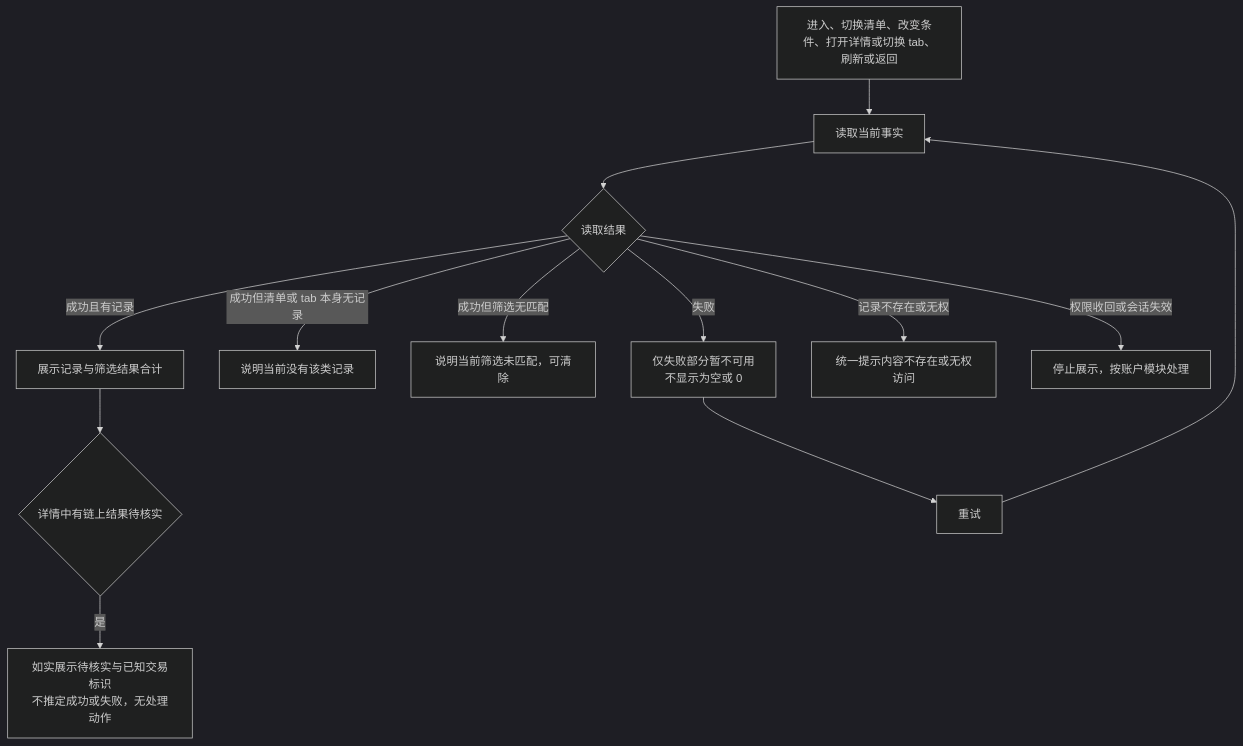
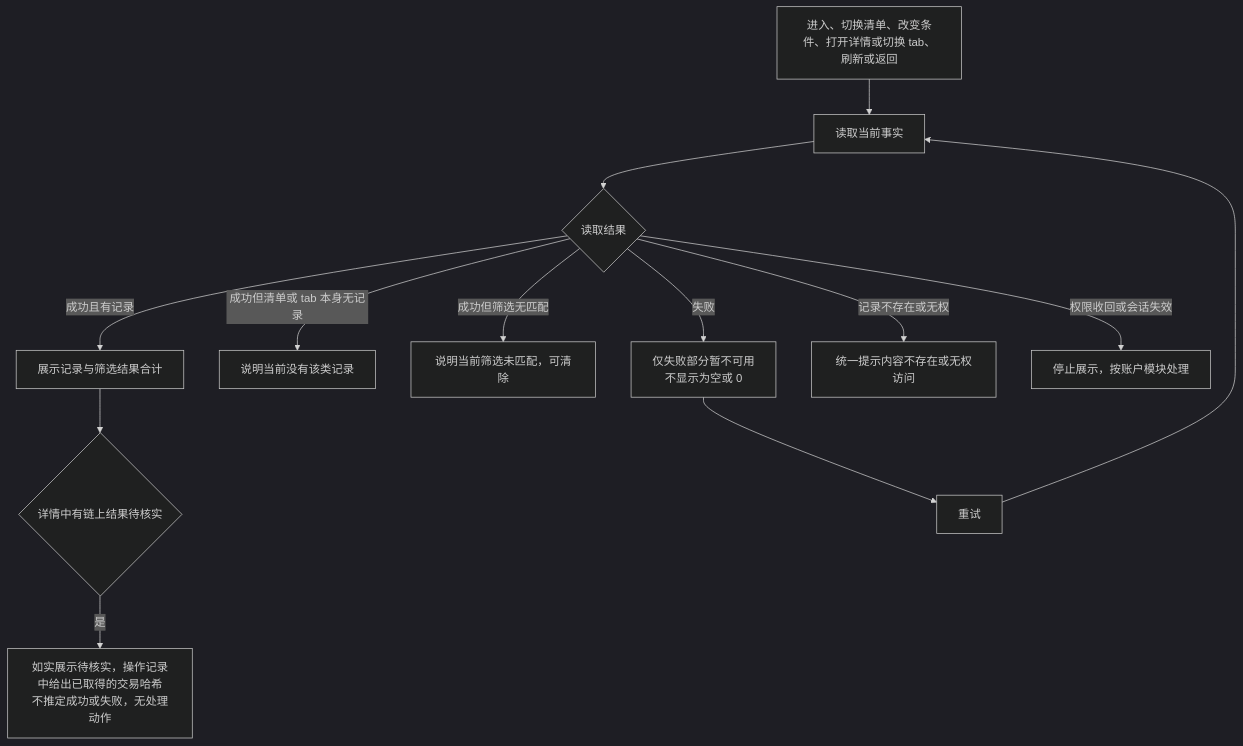
One commit to wxblockchain/Chain-Financing changed the third of 3 diagrams in lending-platform/PRD/运营端/09-融资台账/02-融资台账-流程图与状态机.md. Above: the diagram before and after it, drawn with Mermaid (dark theme). The commit also changed 3 other files, not shown here.

````diff
--- a/lending-platform/PRD/运营端/09-融资台账/02-融资台账-流程图与状态机.md
+++ b/lending-platform/PRD/运营端/09-融资台账/02-融资台账-流程图与状态机.md
@@ -87,15 +87,15 @@
 ```mermaid
 flowchart TD
     A[进入、切换清单、改变条件、打开详情或切换 tab、刷新或返回] --> B[读取当前事实]
     B --> C{读取结果}
     C -->|成功且有记录| D[展示记录与筛选结果合计]
     C -->|成功但清单或 tab 本身无记录| E[说明当前没有该类记录]
     C -->|成功但筛选无匹配| F[说明当前筛选未匹配，可清除]
     C -->|失败| G[仅失败部分暂不可用<br/>不显示为空或 0]
     G --> H[重试]
     H --> B
     C -->|记录不存在或无权| I[统一提示内容不存在或无权访问]
     C -->|权限收回或会话失效| J[停止展示，按账户模块处理]
     D --> K{详情中有链上结果待核实}
-    K -->|是| K1[如实展示待核实与已知交易标识<br/>不推定成功或失败，无处理动作]
+    K -->|是| K1[如实展示待核实，操作记录中给出已取得的交易哈希<br/>不推定成功或失败，无处理动作]
 ```
````
